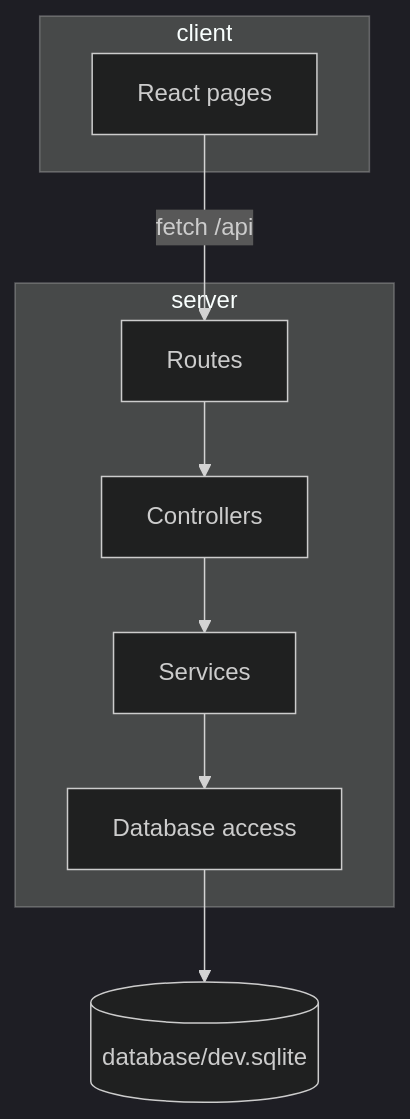
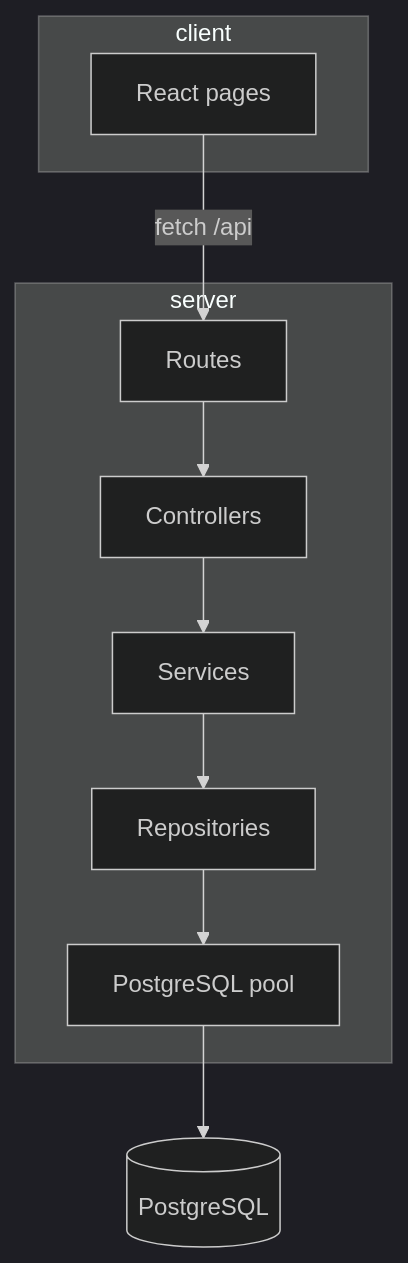
Before and after one commit to nugusamulatu67-ux/abba-jifar-palace: the second of 2 diagrams in docs/SYSTEM_ARCHITECTURE.md, drawn with Mermaid (dark theme). The commit also changed other lines of this file and 31 other files, not shown here.

Commit message:
Complete Phase 2: PostgreSQL database foundation

````diff
--- a/docs/SYSTEM_ARCHITECTURE.md
+++ b/docs/SYSTEM_ARCHITECTURE.md
@@ -82,21 +88,23 @@
 ```mermaid
 flowchart TB
   subgraph clientApp [client]
     pages[React pages]
   end
 
   subgraph apiApp [server]
     routes[Routes]
     controllers[Controllers]
     services[Services]
-    dbAccess[Database access]
+    repositories[Repositories]
+    pool[PostgreSQL pool]
   end
 
-  databaseFile[(database/dev.sqlite)]
+  databaseServer[(PostgreSQL)]
 
   pages -->|"fetch /api"| routes
   routes --> controllers
   controllers --> services
-  services --> dbAccess
-  dbAccess --> databaseFile
+  services --> repositories
+  repositories --> pool
+  pool --> databaseServer
 ```
````
